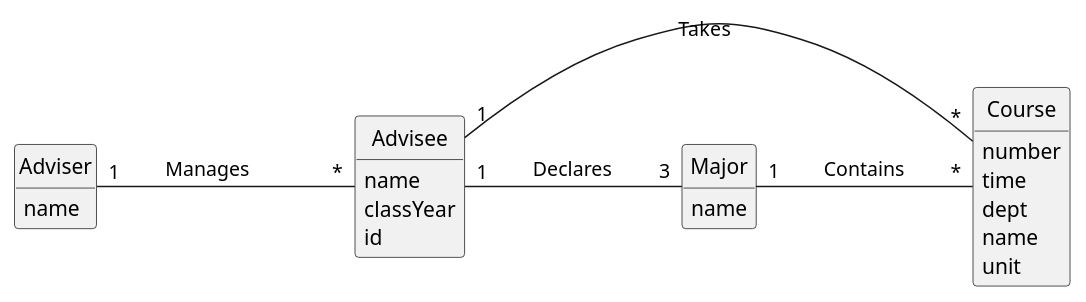
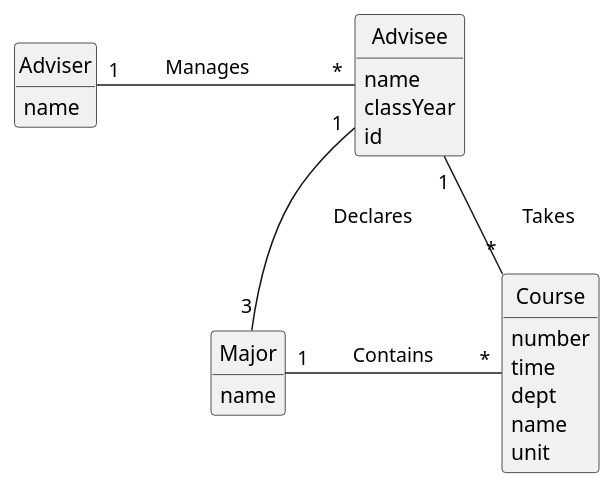
Before and after one commit to Jofosu/professor-student-advising-app: the diagram in Doc/Domain Model.puml, drawn with PlantUML.

Commit message:
Added domain model plant uml

```diff
--- a/Doc/Domain Model.puml
+++ b/Doc/Domain Model.puml
@@ -1,31 +1,31 @@
  @startuml
  ' classes
  hide circle
  hide empty methods
  class Adviser{
 name
  }
  class Advisee{
  name
 classYear
 id
  }
 
  class Course{
 number
 time
 dept
 name
 unit
   }
 
   class Major {
   name
   }
 
  ' associations
  Adviser "1" - "*" Advisee : \tManages\t\t
  Advisee "1" - "*" Course : \tTakes\t\t
- Advisee "1" - "3" Major : \tDeclares\t\t
+ Advisee "1" -- "3" Major : \tDeclares\t\t
  Major "1" - "*" Course : \tContains\t\t
 @enduml
```
